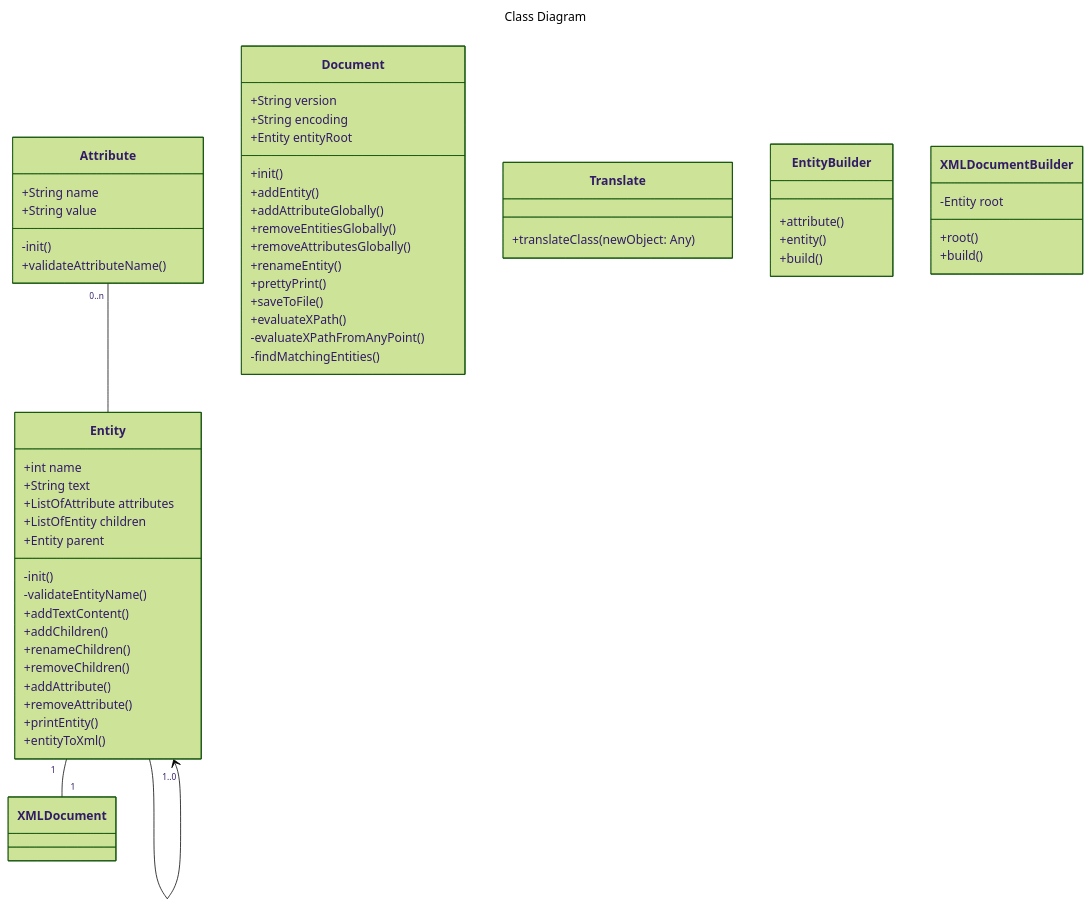
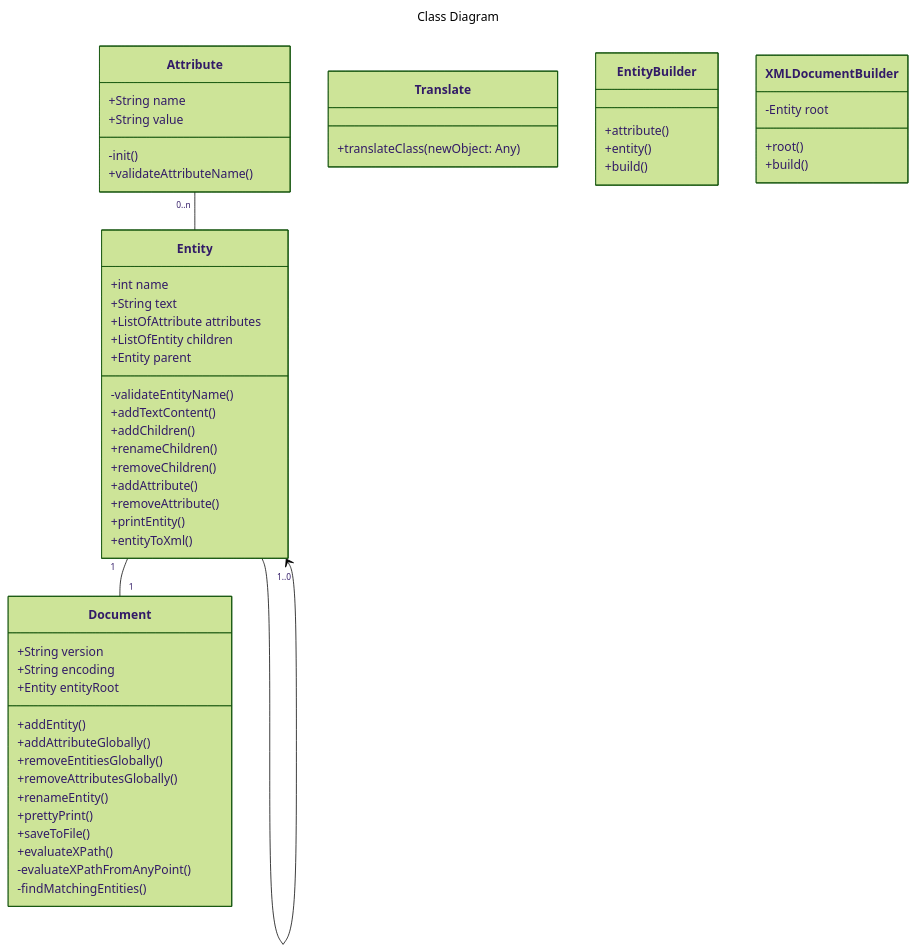
Before and after one commit to mjccardoso/XMLManipulationLibrary: the diagram in README.md, drawn with Mermaid (forest theme). The commit also changed 1 other file, not shown here.

Commit message:
change on readme class diagram

````diff
--- a/README.md
+++ b/README.md
@@ -38,68 +38,67 @@
 ```mermaid
 ---
 title: Class Diagram
 ---
 classDiagram
     Entity -->"1..0" Entity
     Attribute "0..n"-- Entity
-    Entity "1"--"1" XMLDocument
+    Entity "1"--"1" Document
     class Attribute{
         +String name
         +String value
         
         -init()
         +validateAttributeName() 
         }
         
     class Entity{
         +int name
         +String text
         +ListOfAttribute attributes
         +ListOfEntity children
         +Entity parent
         
-        -init()
         -validateEntityName()
         +addTextContent()
         +addChildren()
         +renameChildren()
         +removeChildren()
         +addAttribute()
         +removeAttribute()
         +printEntity()
         +entityToXml()
     }
     
     class Document{
         +String version
         +String encoding
         +Entity entityRoot
-        +init()
+        
         +addEntity()
         +addAttributeGlobally()
         +removeEntitiesGlobally()
         +removeAttributesGlobally()
         +renameEntity()
         +prettyPrint()
         +saveToFile()
         +evaluateXPath()
         -evaluateXPathFromAnyPoint()
         -findMatchingEntities()
     }
 
     class Translate{
         +translateClass(newObject: Any)
     }
 
     class EntityBuilder{
         +attribute()
         +entity()
         +build()
     }
     
     class XMLDocumentBuilder{
         -Entity root
         +root()
         +build()
     }
 ```
````
